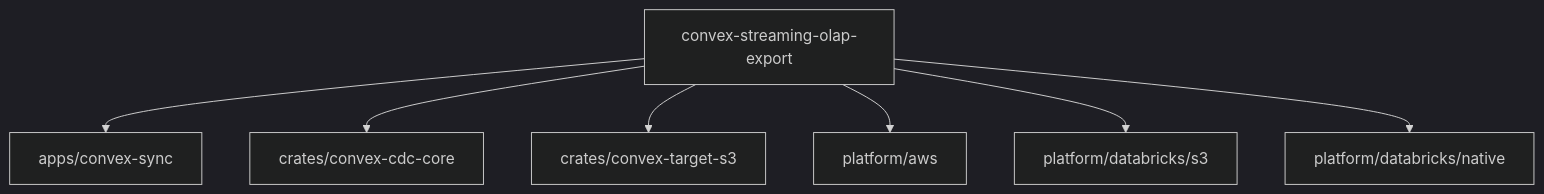
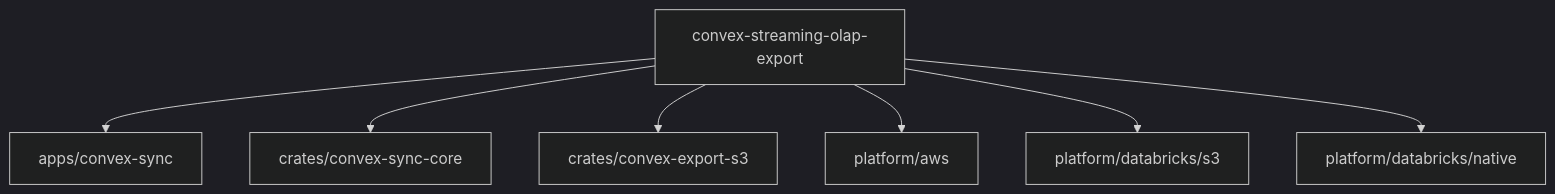
The first of 2 diagrams in README.md (shpitdev/convex-streaming-olap-export), drawn with Mermaid (dark theme) before and after one commit. The commit also changed other lines of this file and 37 other files, not shown here.

Commit message:
refactor: rename sync core and export s3 boundaries (#15)

````diff
--- a/README.md
+++ b/README.md
@@ -23,16 +23,16 @@
 ```mermaid
 flowchart TD
   Root[convex-streaming-olap-export]
   CLI[apps/convex-sync]
-  Core[crates/convex-cdc-core]
-  S3[crates/convex-target-s3]
+  Core[crates/convex-sync-core]
+  S3[crates/convex-export-s3]
   AWS[platform/aws]
   DBS3[platform/databricks/s3]
   DBN[platform/databricks/native]
   Root --> CLI
   Root --> Core
   Root --> S3
   Root --> AWS
   Root --> DBS3
   Root --> DBN
 ```
````
